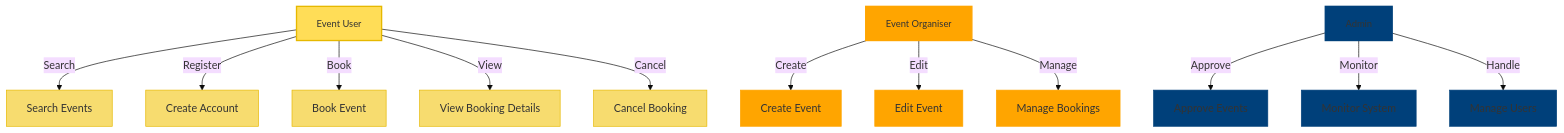
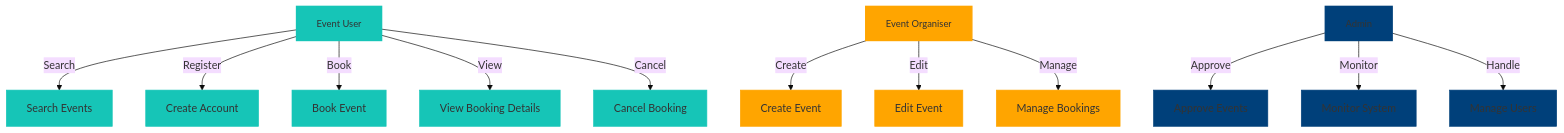
Before and after one commit to celeste-smith/event-booking-system: the diagram in USE-CASE-DIAGRAM.md, drawn with Mermaid (base theme).

Commit message:
Update USE-CASE-DIAGRAM.md
6th update

````diff
--- a/USE-CASE-DIAGRAM.md
+++ b/USE-CASE-DIAGRAM.md
@@ -4,35 +4,35 @@
 ```mermaid
 graph TD;
     A[Event User] -->|Search| B[Search Events];
     A -->|Register| C[Create Account];
     A -->|Book| D[Book Event];
     A -->|View| E[View Booking Details];
     A -->|Cancel| F[Cancel Booking];
     
     G[Event Organiser] -->|Create| H[Create Event];
     G -->|Edit| I[Edit Event];
     G -->|Manage| J[Manage Bookings];
     
     K[Admin] -->|Approve| L[Approve Events];
     K -->|Monitor| M[Monitor System];
     K -->|Handle| N[Manage Users];
 
     %% Styling
-    style A fill:#FFDD57,stroke:#E6B800,stroke-width:2px,font-size:14px;
+    style A fill:#16C5B7,stroke:#16C5B7,stroke-width:2px,font-size:14px;
     style G fill:#FFA500,stroke:#FFA500,stroke-width:2px,font-size:14px;
     style K fill:#00407a,stroke:#00407a,stroke-width:2px,font-size:14px;
 
-    style B fill:#F7DC6F,stroke:#E6B800;
-    style C fill:#F7DC6F,stroke:#E6B800;
-    style D fill:#F7DC6F,stroke:#E6B800;
-    style E fill:#F7DC6F,stroke:#E6B800;
-    style F fill:#F7DC6F,stroke:#E6B800;
+    style B fill:#16C5B7,stroke:#16C5B7;
+    style C fill:#16C5B7,stroke:#16C5B7;
+    style D fill:#16C5B7,stroke:#16C5B7;
+    style E fill:#16C5B7,stroke:#16C5B7;
+    style F fill:#16C5B7,stroke:#16C5B7;
 
     style H fill:#FFA500,stroke:#FFA500;
     style I fill:#FFA500,stroke:#FFA500;
     style J fill:#FFA500,stroke:#FFA500;
 
     style L fill:#00407a,stroke:#00407a;
     style M fill:#00407a,stroke:#00407a;
     style N fill:#00407a,stroke:#00407a;
 ```
````
